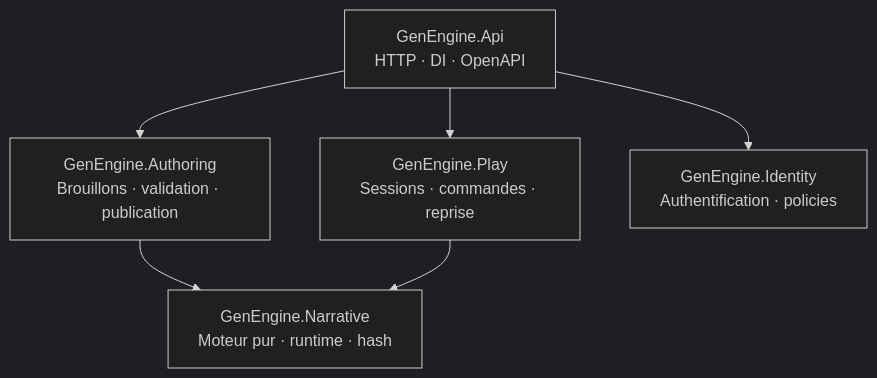
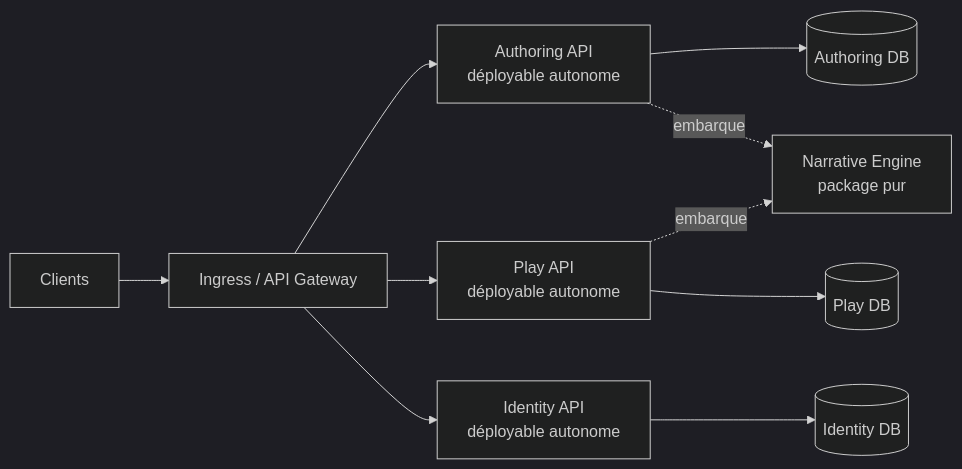
One commit to JordanLacroix/GenEngine changed the diagram in README.md. Above: the diagram before and after it, drawn with Mermaid (dark theme). The commit also changed other lines of this file and 70 other files, not shown here.

Commit message:
refactor(architecture): split backend into autonomous services

````diff
--- a/README.md
+++ b/README.md
@@ -98,14 +101,12 @@
 ```mermaid
-flowchart TD
-    API["GenEngine.Api<br/>HTTP · DI · OpenAPI"]
-    AUTHORING["GenEngine.Authoring<br/>Brouillons · validation · publication"]
-    PLAY["GenEngine.Play<br/>Sessions · commandes · reprise"]
-    IDENTITY["GenEngine.Identity<br/>Authentification · policies"]
-    NARRATIVE["GenEngine.Narrative<br/>Moteur pur · runtime · hash"]
-
-    API --> AUTHORING
-    API --> PLAY
-    API --> IDENTITY
-    AUTHORING --> NARRATIVE
-    PLAY --> NARRATIVE
+flowchart LR
+    CLIENT["Clients"] --> EDGE["Ingress / API Gateway"]
+    EDGE --> AUTHORING["Authoring API<br/>déployable autonome"]
+    EDGE --> PLAY["Play API<br/>déployable autonome"]
+    EDGE --> IDENTITY["Identity API<br/>déployable autonome"]
+    AUTHORING --> AUTHORDB[("Authoring DB")]
+    PLAY --> PLAYDB[("Play DB")]
+    IDENTITY --> IDENTITYDB[("Identity DB")]
+    AUTHORING -. embarque .-> NARRATIVE["Narrative Engine<br/>package pur"]
+    PLAY -. embarque .-> NARRATIVE
 ```
````
